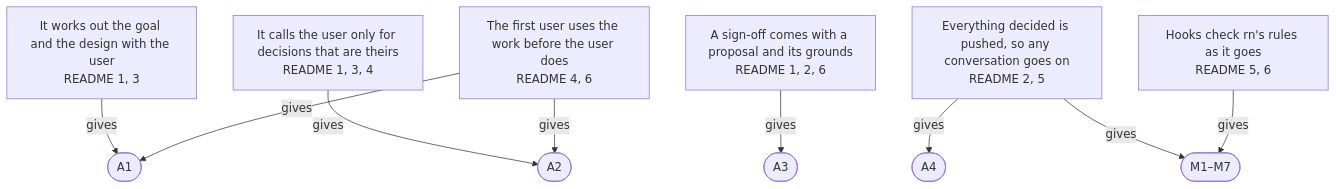
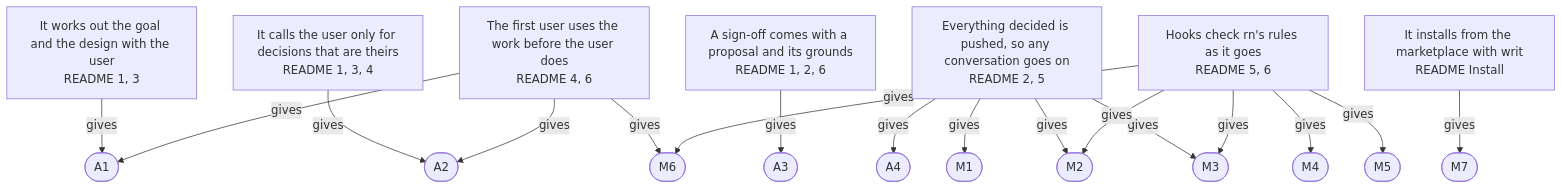
One commit to lovaizu/ccpm changed the first of 4 diagrams in rn/docs/design.md. Above: the diagram before and after it, drawn with Mermaid. The commit also changed other lines of this file and 1 other file, not shown here.

````diff
--- a/rn/docs/design.md
+++ b/rn/docs/design.md
@@ -48,22 +48,28 @@
 ```mermaid
 flowchart TD
     F1["It works out the goal and the design with the user<br/>README 1, 3"]
     F2["It calls the user only for decisions that are theirs<br/>README 1, 3, 4"]
     F3["The first user uses the work before the user does<br/>README 4, 6"]
     F4["A sign-off comes with a proposal and its grounds<br/>README 1, 2, 6"]
     F5["Everything decided is pushed, so any conversation goes on<br/>README 2, 5"]
     F6["Hooks check rn's rules as it goes<br/>README 5, 6"]
+    F7["It installs from the marketplace with writ<br/>README Install"]
     A1(["A1"])
     A2(["A2"])
     A3(["A3"])
     A4(["A4"])
-    MB(["M1–M7"])
+    M1(["M1"])
+    M2(["M2"])
+    M3(["M3"])
+    M4(["M4"])
+    M5(["M5"])
+    M6(["M6"])
+    M7(["M7"])
     F1 -->|"gives"| A1
-    F3 -->|"gives"| A1
     F2 -->|"gives"| A2
-    F3 -->|"gives"| A2
+    F3 -->|"gives"| A1 & A2 & M6
     F4 -->|"gives"| A3
-    F5 -->|"gives"| A4
-    F5 -->|"gives"| MB
-    F6 -->|"gives"| MB
+    F5 -->|"gives"| A4 & M1 & M2 & M3
+    F6 -->|"gives"| M2 & M3 & M4 & M5 & M6
+    F7 -->|"gives"| M7
 ```
````
